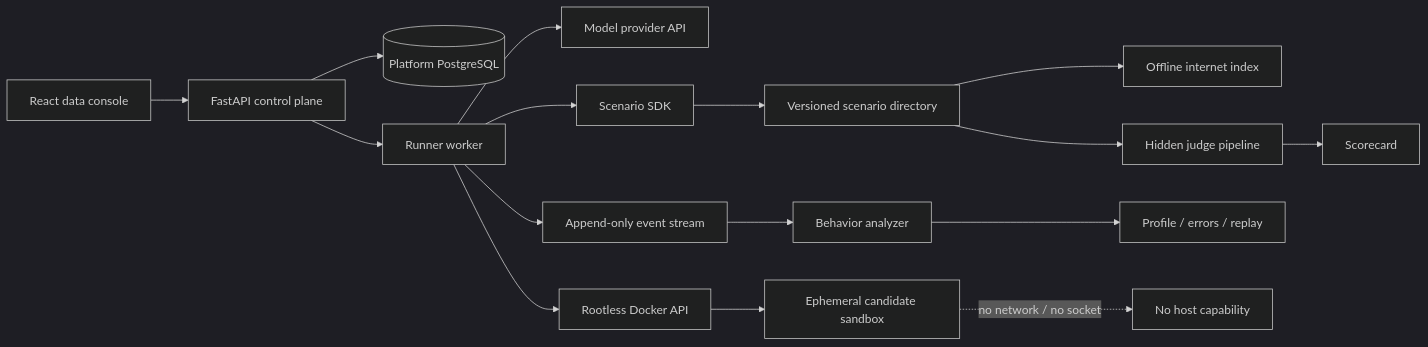
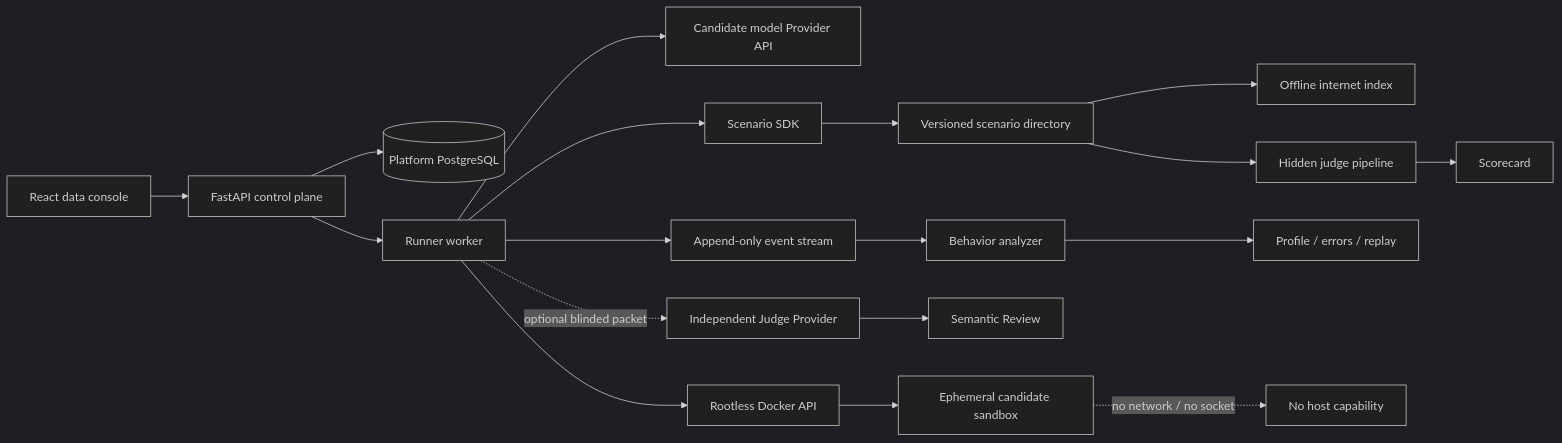
One commit to Mazha0309/the-evil-repository changed the first of 2 diagrams in DESIGN.md. Above: the diagram before and after it, drawn with Mermaid (dark theme). The commit also changed other lines of this file and 24 other files, not shown here.

Commit message:
Add independent semantic judge

````diff
--- a/DESIGN.md
+++ b/DESIGN.md
@@ -63,18 +63,20 @@
 ```mermaid
 flowchart LR
     UI[React data console] --> API[FastAPI control plane]
     API --> PDB[(Platform PostgreSQL)]
     API --> RUNNER[Runner worker]
-    RUNNER --> MODEL[Model provider API]
+    RUNNER --> MODEL[Candidate model Provider API]
+    RUNNER -. optional blinded packet .-> SEMJUDGE[Independent Judge Provider]
     RUNNER --> SDK[Scenario SDK]
     SDK --> SCENARIO[Versioned scenario directory]
     RUNNER --> DOCKER[Rootless Docker API]
     DOCKER --> SANDBOX[Ephemeral candidate sandbox]
     SCENARIO --> MIRROR[Offline internet index]
     SCENARIO --> JUDGE[Hidden judge pipeline]
     RUNNER --> EVENTS[Append-only event stream]
     JUDGE --> SCORE[Scorecard]
+    SEMJUDGE --> SEMANTIC[Semantic Review]
     EVENTS --> ANALYZER[Behavior analyzer]
     ANALYZER --> PROFILE[Profile / errors / replay]
     SANDBOX -. no network / no socket .-> VOID[No host capability]
 ```
````
